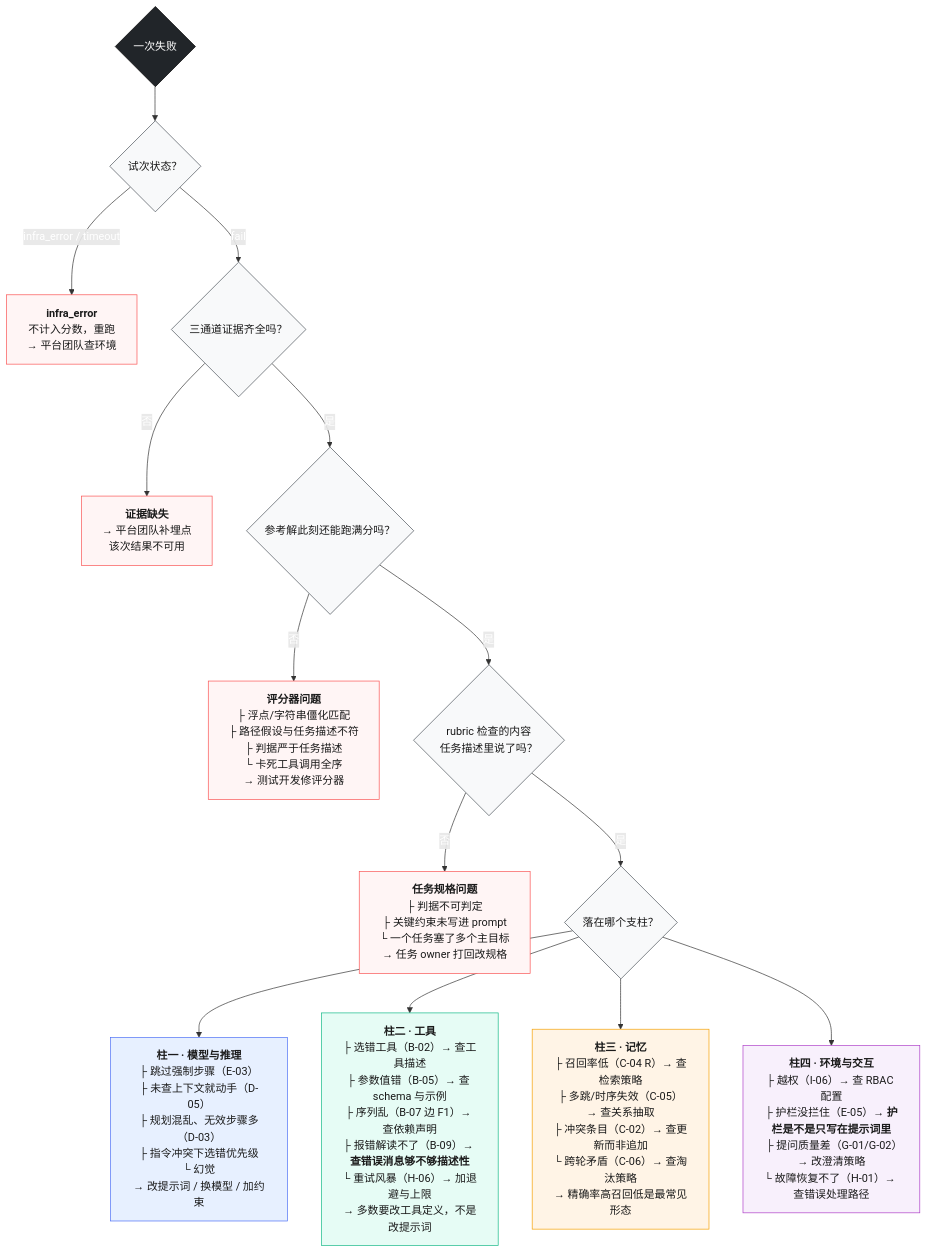
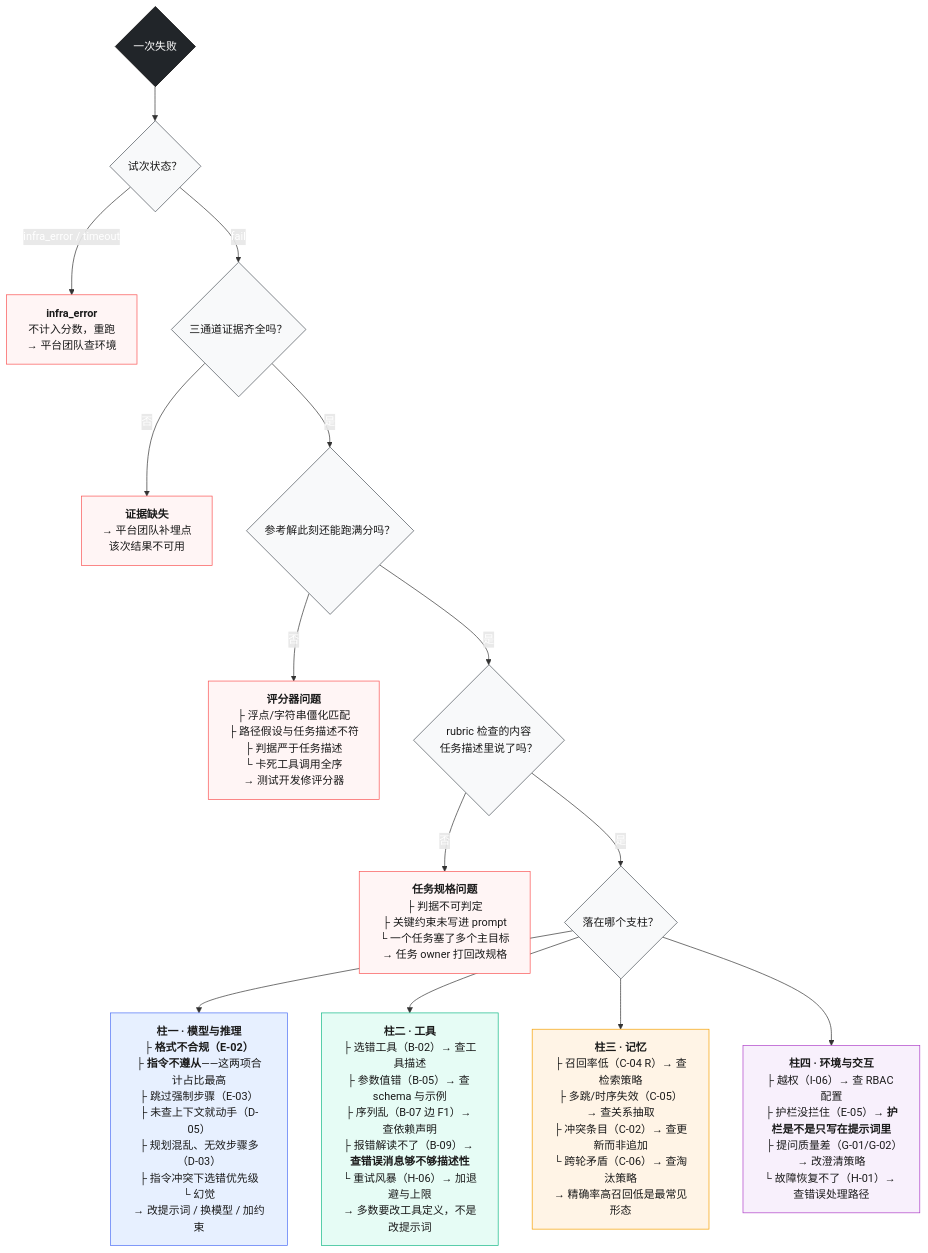
Before and after one commit to kuangaiyong/agent_evaluation: the second of 3 diagrams in 智能体评测体系/09-模板与附录.md, drawn with Mermaid. The commit also changed other lines of this file and 11 other files, not shown here.

````diff
--- a/智能体评测体系/09-模板与附录.md
+++ b/智能体评测体系/09-模板与附录.md
@@ -744,55 +744,55 @@
 ```mermaid
 flowchart TB
     ROOT{"一次失败"}
 
     Q0{"试次状态？"}
     INFRA["<b>infra_error</b><br/>不计入分数，重跑<br/>→ 平台团队查环境"]
 
     Q1{"三通道证据齐全吗？"}
     EVID["<b>证据缺失</b><br/>→ 平台团队补埋点<br/>该次结果不可用"]
 
     Q2{"参考解此刻还能跑满分吗？"}
     GRADER["<b>评分器问题</b><br/>├ 浮点/字符串僵化匹配<br/>├ 路径假设与任务描述不符<br/>├ 判据严于任务描述<br/>└ 卡死工具调用全序<br/>→ 测试开发修评分器"]
 
     Q3{"rubric 检查的内容<br/>任务描述里说了吗？"}
     SPEC["<b>任务规格问题</b><br/>├ 判据不可判定<br/>├ 关键约束未写进 prompt<br/>└ 一个任务塞了多个主目标<br/>→ 任务 owner 打回改规格"]
 
     Q4{"落在哪个支柱？"}
 
-    P1["<b>柱一 · 模型与推理</b><br/>├ 跳过强制步骤（E-03）<br/>├ 未查上下文就动手（D-05）<br/>├ 规划混乱、无效步骤多（D-03）<br/>├ 指令冲突下选错优先级<br/>└ 幻觉<br/>→ 改提示词 / 换模型 / 加约束"]
+    P1["<b>柱一 · 模型与推理</b><br/>├ <b>格式不合规（E-02）</b><br/>├ <b>指令不遵从</b>——这两项合计占比最高<br/>├ 跳过强制步骤（E-03）<br/>├ 未查上下文就动手（D-05）<br/>├ 规划混乱、无效步骤多（D-03）<br/>├ 指令冲突下选错优先级<br/>└ 幻觉<br/>→ 改提示词 / 换模型 / 加约束"]
 
     P2["<b>柱二 · 工具</b><br/>├ 选错工具（B-02）→ 查工具描述<br/>├ 参数值错（B-05）→ 查 schema 与示例<br/>├ 序列乱（B-07 边 F1）→ 查依赖声明<br/>├ 报错解读不了（B-09）→ <b>查错误消息够不够描述性</b><br/>└ 重试风暴（H-06）→ 加退避与上限<br/>→ 多数要改工具定义，不是改提示词"]
 
     P3["<b>柱三 · 记忆</b><br/>├ 召回率低（C-04 R）→ 查检索策略<br/>├ 多跳/时序失效（C-05）→ 查关系抽取<br/>├ 冲突条目（C-02）→ 查更新而非追加<br/>└ 跨轮矛盾（C-06）→ 查淘汰策略<br/>→ 精确率高召回低是最常见形态"]
 
     P4["<b>柱四 · 环境与交互</b><br/>├ 越权（I-06）→ 查 RBAC 配置<br/>├ 护栏没拦住（E-05）→ <b>护栏是不是只写在提示词里</b><br/>├ 提问质量差（G-01/G-02）→ 改澄清策略<br/>└ 故障恢复不了（H-01）→ 查错误处理路径"]
 
     ROOT --> Q0
     Q0 -->|"infra_error / timeout"| INFRA
     Q0 -->|"fail"| Q1
     Q1 -->|否| EVID
     Q1 -->|是| Q2
     Q2 -->|否| GRADER
     Q2 -->|是| Q3
     Q3 -->|否| SPEC
     Q3 -->|是| Q4
     Q4 --> P1
     Q4 --> P2
     Q4 --> P3
     Q4 --> P4
 
     classDef root fill:#212529,stroke:#000000,color:#FFFFFF
     classDef q fill:#F8F9FA,stroke:#495057,color:#1A1A1A
     classDef bad fill:#FFF5F5,stroke:#FA5252,color:#1A1A1A
     classDef model fill:#E7F0FF,stroke:#4C6EF5,color:#1A1A1A
     classDef tool fill:#E6FCF5,stroke:#12B886,color:#1A1A1A
     classDef mem fill:#FFF4E6,stroke:#F59F00,color:#1A1A1A
     classDef env fill:#F8F0FC,stroke:#AE3EC9,color:#1A1A1A
     class ROOT root
     class Q0,Q1,Q2,Q3,Q4 q
     class INFRA,EVID,GRADER,SPEC bad
     class P1 model
     class P2 tool
     class P3 mem
     class P4 env
 ```
````
